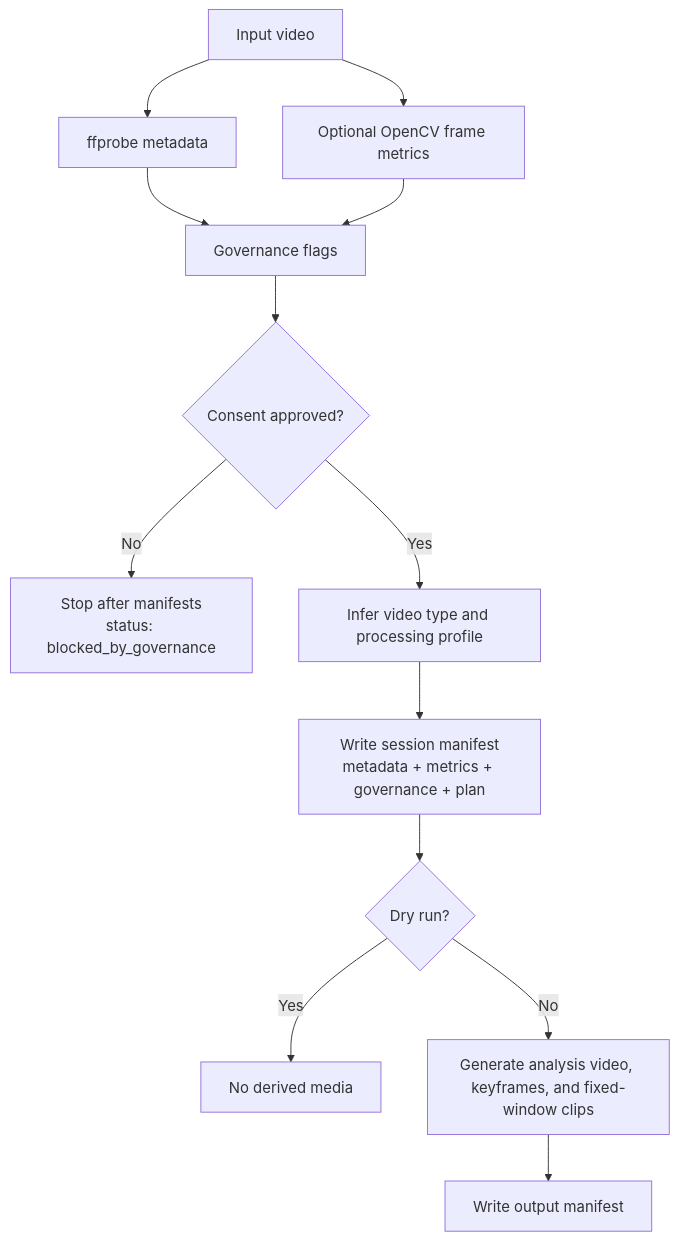
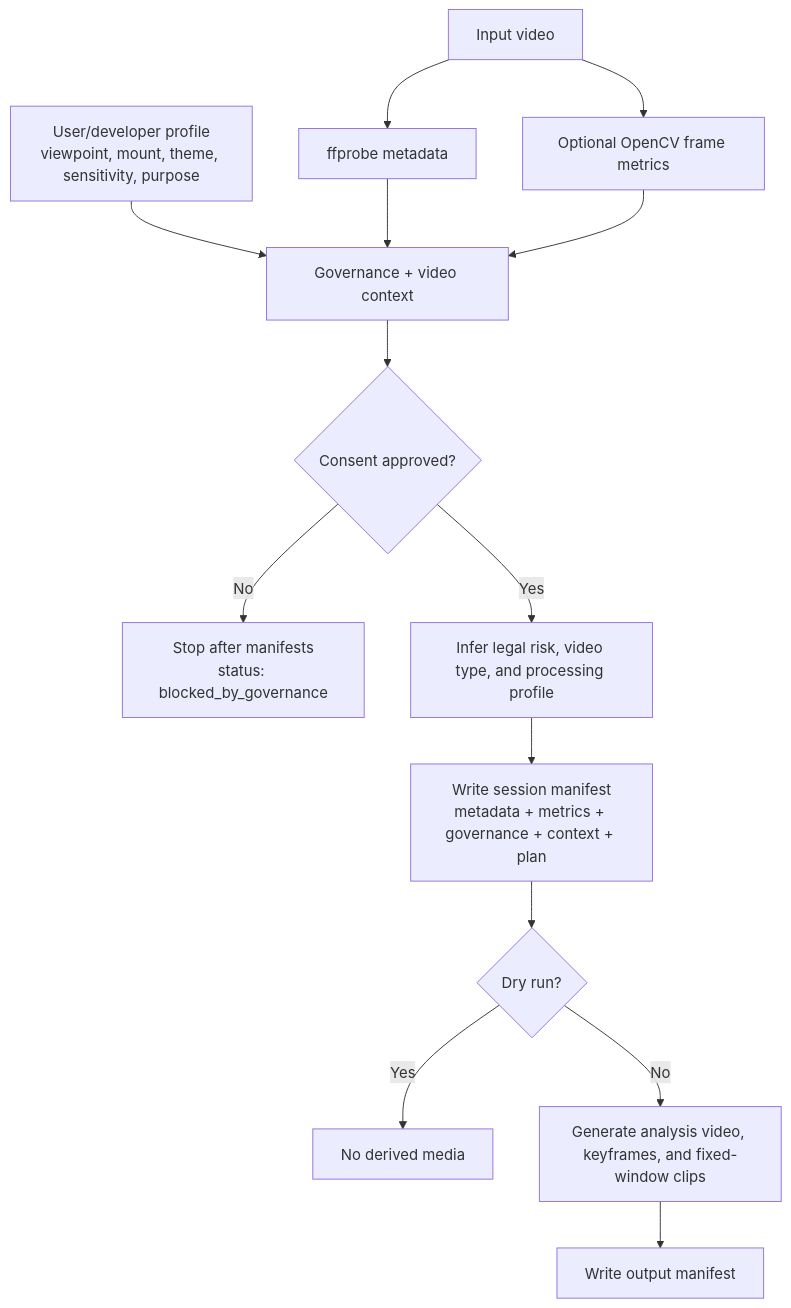
Before and after one commit to Janet-P-Dong/First-Person-Egocentric_Visual_Data_Preprocessing: the diagram in docs/preprocessing_pipeline_logic.md, drawn with Mermaid. The commit also changed other lines of this file and 5 other files, not shown here.

````diff
--- a/docs/preprocessing_pipeline_logic.md
+++ b/docs/preprocessing_pipeline_logic.md
@@ -15,15 +17,16 @@
 ```mermaid
 flowchart TD
     A["Input video"] --> B["ffprobe metadata"]
     A --> C["Optional OpenCV frame metrics"]
-    B --> D["Governance flags"]
+    D0["User/developer profile<br/>viewpoint, mount, theme, sensitivity, purpose"] --> D["Governance + video context"]
+    B --> D
     C --> D
     D --> E{"Consent approved?"}
     E -->|"No"| F["Stop after manifests<br/>status: blocked_by_governance"]
-    E -->|"Yes"| G["Infer video type and processing profile"]
-    G --> H["Write session manifest<br/>metadata + metrics + governance + plan"]
+    E -->|"Yes"| G["Infer legal risk, video type, and processing profile"]
+    G --> H["Write session manifest<br/>metadata + metrics + governance + context + plan"]
     H --> I{"Dry run?"}
     I -->|"Yes"| J["No derived media"]
     I -->|"No"| K["Generate analysis video, keyframes, and fixed-window clips"]
     K --> L["Write output manifest"]
 ```
````
